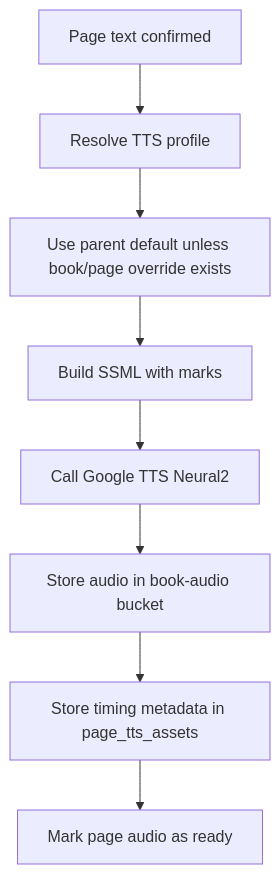
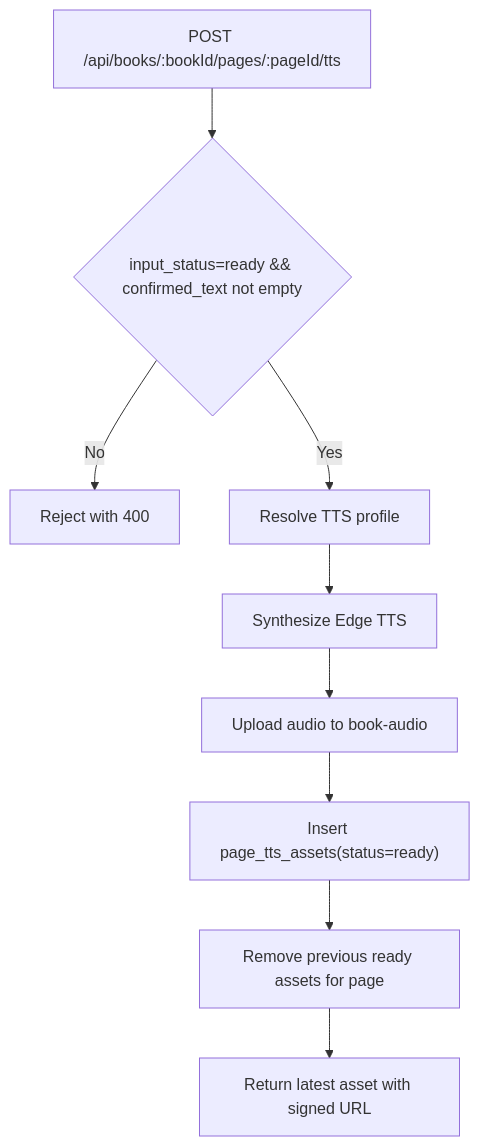
One commit to soyojuny/kids-echo-reading changed the second of 4 diagrams in doc/process-flows.md. Above: the diagram before and after it, drawn with Mermaid. The commit also changed other lines of this file and 11 other files, not shown here.

````diff
--- a/doc/process-flows.md
+++ b/doc/process-flows.md
@@ -43,10 +44,11 @@
 ```mermaid
 flowchart TD
-  A["Page text confirmed"] --> B["Resolve TTS profile"]
-  B --> C["Use parent default unless book/page override exists"]
-  C --> D["Build SSML with marks"]
-  D --> E["Call Google TTS Neural2"]
-  E --> F["Store audio in book-audio bucket"]
-  F --> G["Store timing metadata in page_tts_assets"]
-  G --> H["Mark page audio as ready"]
+  A["POST /api/books/:bookId/pages/:pageId/tts"] --> B{"input_status=ready && confirmed_text not empty"}
+  B -- No --> C["Reject with 400"]
+  B -- Yes --> D["Resolve TTS profile"]
+  D --> E["Synthesize Edge TTS"]
+  E --> F["Upload audio to book-audio"]
+  F --> G["Insert page_tts_assets(status=ready)"]
+  G --> H["Remove previous ready assets for page"]
+  H --> I["Return latest asset with signed URL"]
 ```
````
